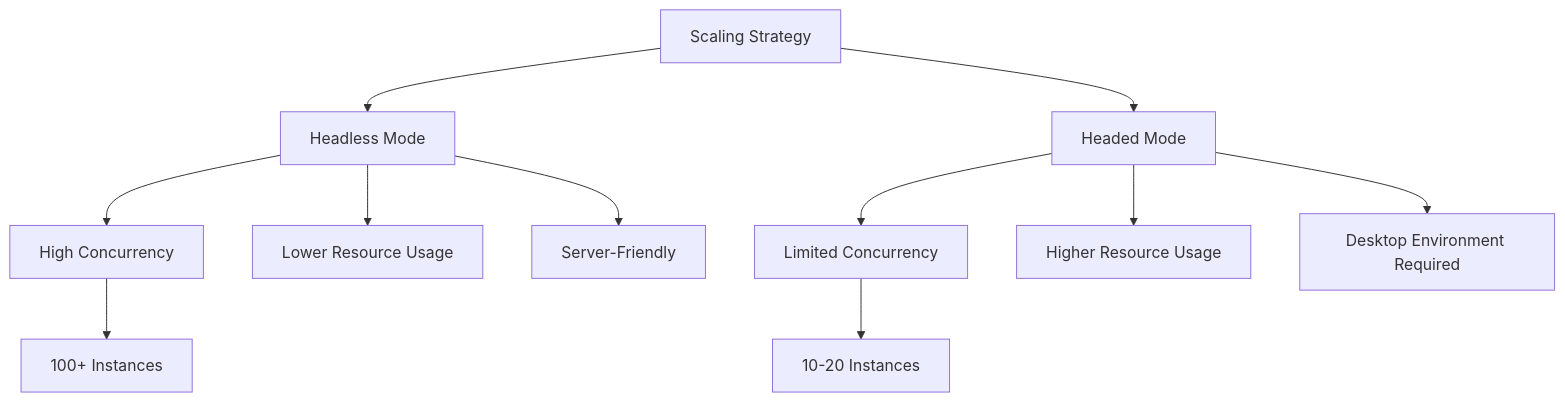
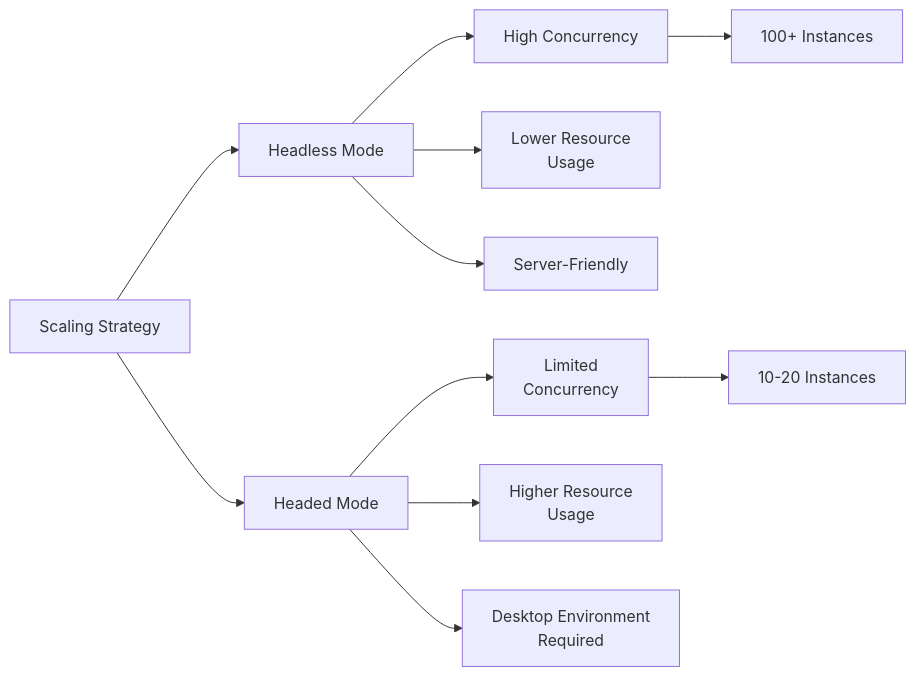
The third of 3 diagrams in _posts/2025-05-11-headless-vs-headed-browser-automation.md (bytetunnels/bytetunnels.github.com), drawn with Mermaid before and after one commit. The commit also changed other lines of this file and 118 other files, not shown here.

Commit message:
feat: improve diagram styling and compact wide flowcharts

````diff
--- a/_posts/2025-05-11-headless-vs-headed-browser-automation.md
+++ b/_posts/2025-05-11-headless-vs-headed-browser-automation.md
@@ -193,16 +193,16 @@
 ```mermaid
-graph TB
+graph LR
     A[Scaling Strategy] --> B[Headless Mode]
     A --> C[Headed Mode]
-    
+
     B --> D[High Concurrency]
-    B --> E[Lower Resource Usage]
+    B --> E["Lower Resource<br/>Usage"]
     B --> F[Server-Friendly]
-    
-    C --> G[Limited Concurrency]
-    C --> H[Higher Resource Usage]
-    C --> I[Desktop Environment Required]
-    
+
+    C --> G["Limited<br/>Concurrency"]
+    C --> H["Higher Resource<br/>Usage"]
+    C --> I["Desktop Environment<br/>Required"]
+
     D --> J[100+ Instances]
     G --> K[10-20 Instances]
 ```
````
